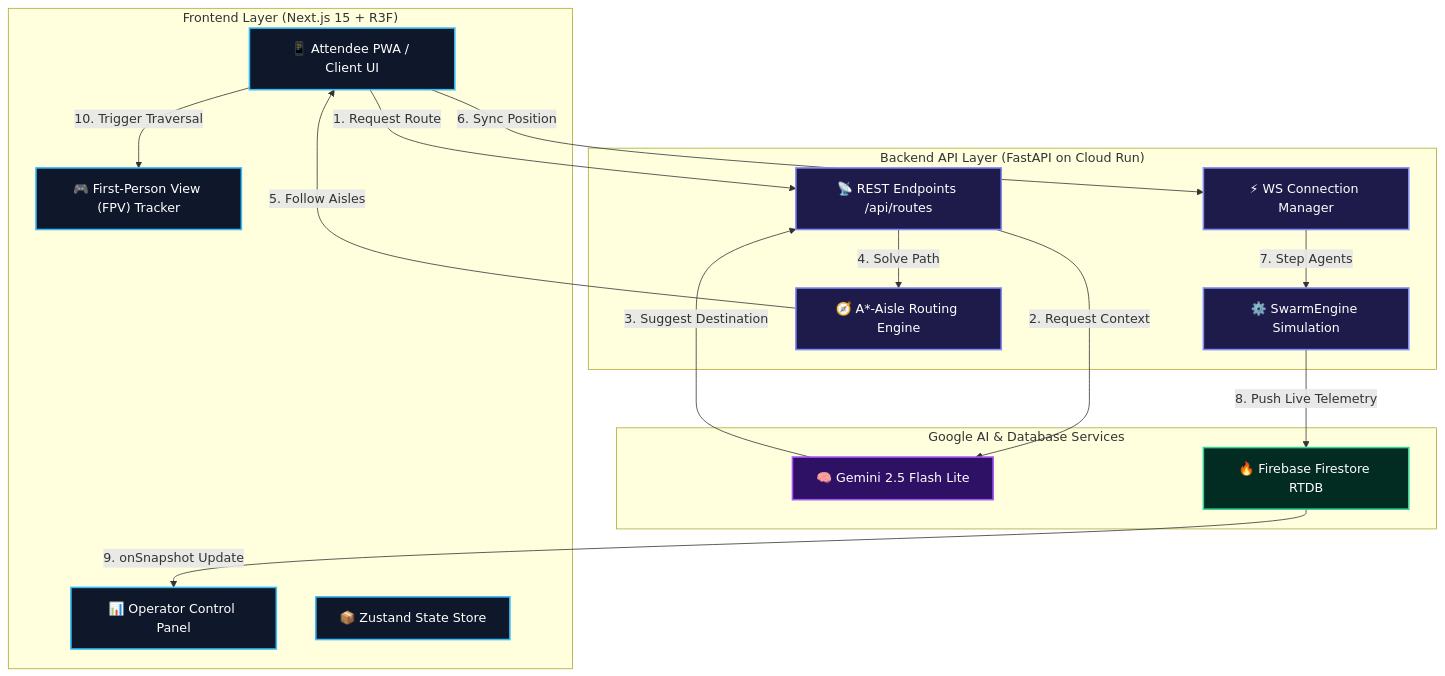
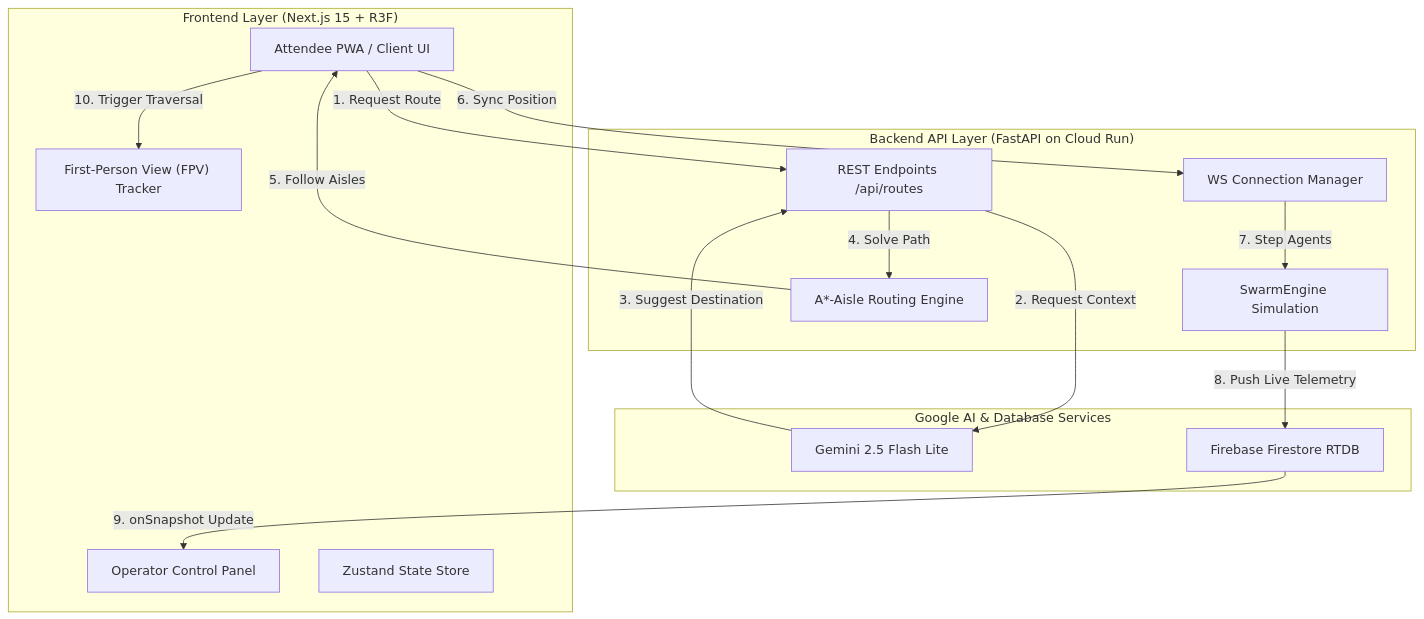
Before and after one commit to Varshith10121901/Stadium-Controler: the first of 3 diagrams in README.md, drawn with Mermaid. The commit also changed other lines of this file, not shown here.

Commit message:
docs: remove all emojis and styling fills from README diagrams

````diff
--- a/README.md
+++ b/README.md
@@ -15,39 +15,33 @@
 ```mermaid
 graph TB
-    %% Styling
-    classDef client fill:#0f172a,stroke:#38bdf8,stroke-width:2px,color:#fff;
-    classDef server fill:#1e1b4b,stroke:#818cf8,stroke-width:2px,color:#fff;
-    classDef database fill:#022c22,stroke:#34d399,stroke-width:2px,color:#fff;
-    classDef ai fill:#2e1065,stroke:#a855f7,stroke-width:2px,color:#fff;
-
     subgraph "Frontend Layer (Next.js 15 + R3F)"
-        Client["📱 Attendee PWA / Client UI"]:::client
-        FPV["🎮 First-Person View (FPV) Tracker"]:::client
-        Dashboard["📊 Operator Control Panel"]:::client
-        Store["📦 Zustand State Store"]:::client
+        Client["Attendee PWA / Client UI"]
+        FPV["First-Person View (FPV) Tracker"]
+        Dashboard["Operator Control Panel"]
+        Store["Zustand State Store"]
     end
 
     subgraph "Backend API Layer (FastAPI on Cloud Run)"
-        API["📡 REST Endpoints /api/routes"]:::server
-        WS["⚡ WS Connection Manager"]:::server
-        Engine["⚙️ SwarmEngine Simulation"]:::server
-        Pathfinder["🧭 A*-Aisle Routing Engine"]:::server
+        API["REST Endpoints /api/routes"]
+        WS["WS Connection Manager"]
+        Engine["SwarmEngine Simulation"]
+        Pathfinder["A*-Aisle Routing Engine"]
     end
 
     subgraph "Google AI & Database Services"
-        Gemini["🧠 Gemini 2.5 Flash Lite"]:::ai
-        Firestore["🔥 Firebase Firestore RTDB"]:::database
+        Gemini["Gemini 2.5 Flash Lite"]
+        Firestore["Firebase Firestore RTDB"]
     end
 
     %% Flow connections
     Client -->|1. Request Route| API
     API -->|2. Request Context| Gemini
     Gemini -->|3. Suggest Destination| API
     API -->|4. Solve Path| Pathfinder
     Pathfinder -->|5. Follow Aisles| Client
     Client -->|6. Sync Position| WS
     WS -->|7. Step Agents| Engine
     Engine -->|8. Push Live Telemetry| Firestore
     Firestore -->|9. onSnapshot Update| Dashboard
     Client -->|10. Trigger Traversal| FPV
 ```
````
